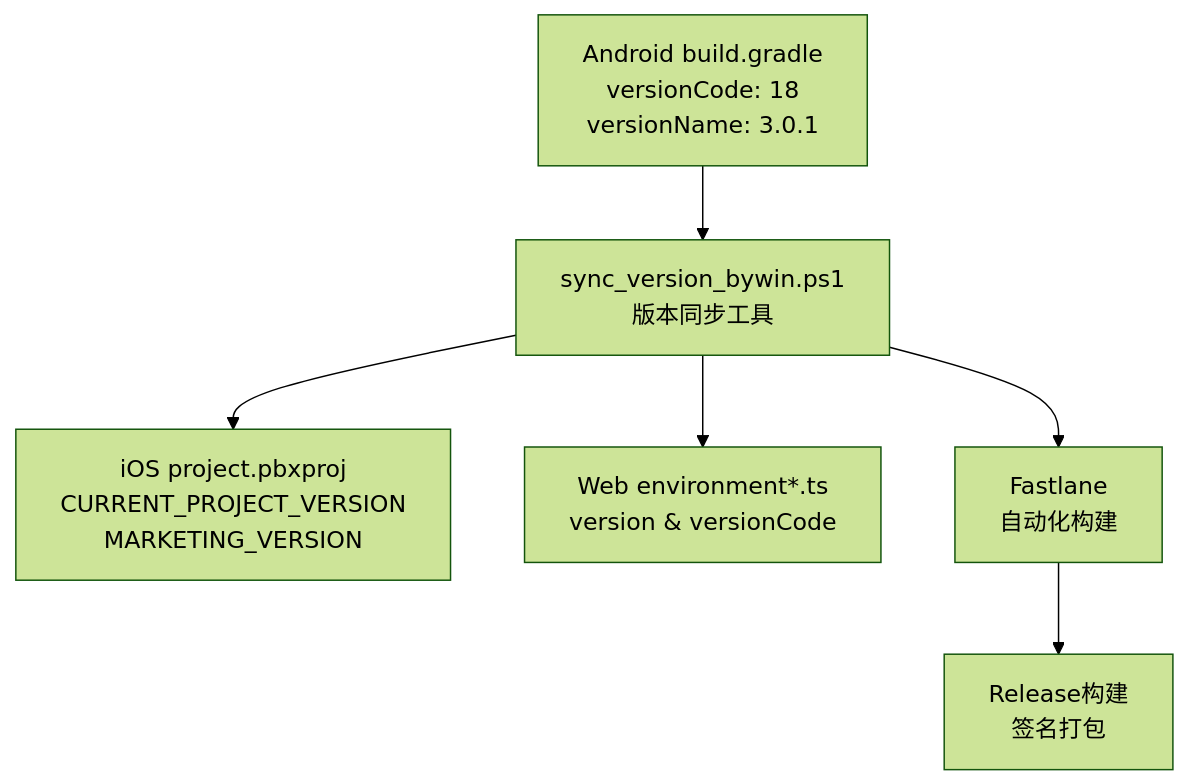
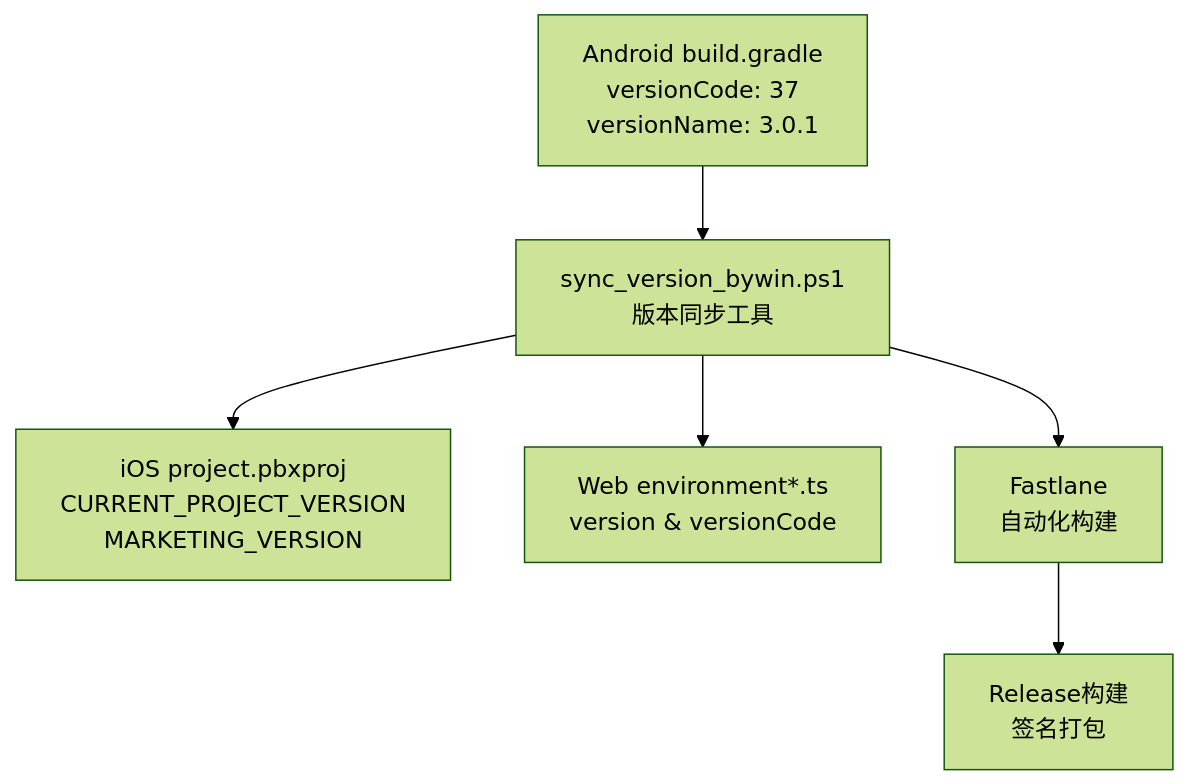
One commit to tea4go/Macro-Deck-Client-App changed the seventh of 11 diagrams in .qoder/repowiki/zh/content/原生平台集成/Android平台集成.md. Above: the diagram before and after it, drawn with Mermaid (forest theme). The commit also changed other lines of this file and 39 other files, not shown here.

````diff
--- a/.qoder/repowiki/zh/content/原生平台集成/Android平台集成.md
+++ b/.qoder/repowiki/zh/content/原生平台集成/Android平台集成.md
@@ -415,8 +417,8 @@
 ```mermaid
 flowchart TD
-Source["Android build.gradle<br/>versionCode: 18<br/>versionName: 3.0.1"] --> SyncTool["sync_version_bywin.ps1<br/>版本同步工具"]
+Source["Android build.gradle<br/>versionCode: 37<br/>versionName: 3.0.1"] --> SyncTool["sync_version_bywin.ps1<br/>版本同步工具"]
 SyncTool --> iOS["iOS project.pbxproj<br/>CURRENT_PROJECT_VERSION<br/>MARKETING_VERSION"]
 SyncTool --> Web["Web environment*.ts<br/>version & versionCode"]
 SyncTool --> Fastlane["Fastlane<br/>自动化构建"]
 Fastlane --> Release["Release构建<br/>签名打包"]
 ```
````
